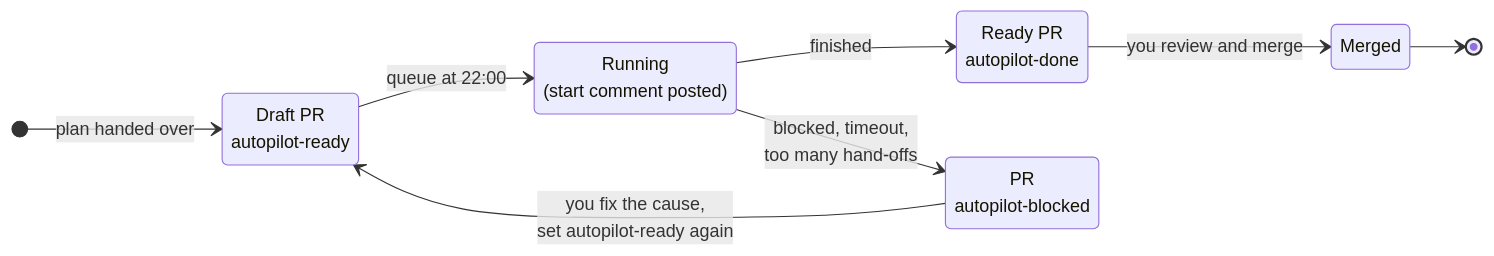
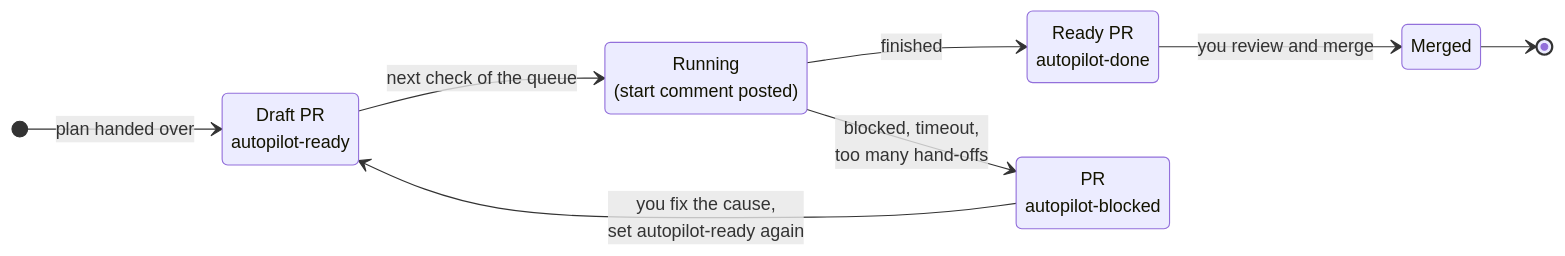
The sixth of 7 diagrams in docs/autopilot-developer-guide.md (evelan-de/claude-code-plugins), drawn with Mermaid before and after one commit. The commit also changed other lines of this file and 6 other files, not shown here.

````diff
--- a/docs/autopilot-developer-guide.md
+++ b/docs/autopilot-developer-guide.md
@@ -292,15 +299,15 @@
 ```mermaid
 stateDiagram-v2
     direction LR
     [*] --> Waiting: plan handed over
     state "Draft PR<br/>autopilot-ready" as Waiting
     state "Running<br/>(start comment posted)" as Running
     state "Ready PR<br/>autopilot-done" as Done
     state "PR<br/>autopilot-blocked" as Blocked
-    Waiting --> Running: queue at 22:00
+    Waiting --> Running: next check of the queue
     Running --> Done: finished
     Running --> Blocked: blocked, timeout,<br/>too many hand-offs
     Blocked --> Waiting: you fix the cause,<br/>set autopilot-ready again
     Done --> Merged: you review and merge
     Merged --> [*]
 ```
````
